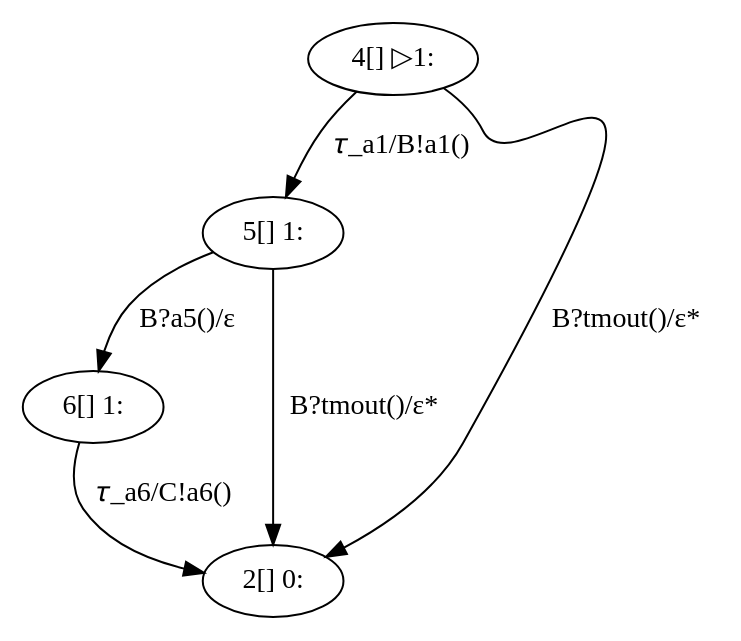
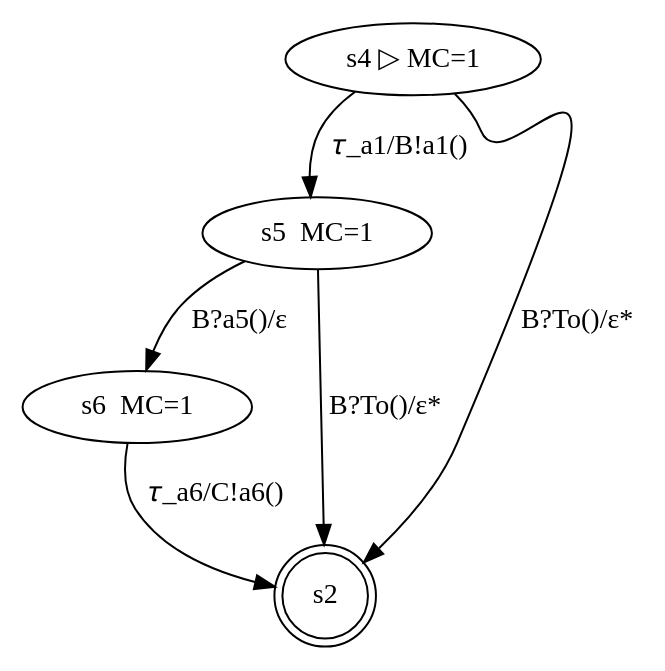
One commit to LauraVoinea/scribble-java changed the diagram in generated/Timeout/A.dot. Above: the diagram before and after it, drawn with Graphviz. The commit also changed 15 other files, not shown here.

```diff
--- a/generated/Timeout/A.dot
+++ b/generated/Timeout/A.dot
@@ -1,12 +1,12 @@
 digraph G {
 compound = true;
-"4" [ label="4[] ▷1:" ];
-"5" [ label="5[] 1:" ];
-"6" [ label="6[] 1:" ];
-"2" [ label="2[] 0:" ];
+"4" [ label="s4 ▷ MC=1" ];
+"5" [ label="s5  MC=1" ];
+"6" [ label="s6  MC=1" ];
+"2" [ label="s2",shape=doublecircle ];
+"4" -> "2" [ label="B?To()/ε*" ];
 "6" -> "2" [ label="𝜏_a6/C!a6()" ];
-"5" -> "2" [ label="B?tmout()/ε*" ];
+"5" -> "2" [ label="B?To()/ε*" ];
 "4" -> "5" [ label="𝜏_a1/B!a1()" ];
-"4" -> "2" [ label="B?tmout()/ε*" ];
 "5" -> "6" [ label="B?a5()/ε" ];
 }
```
